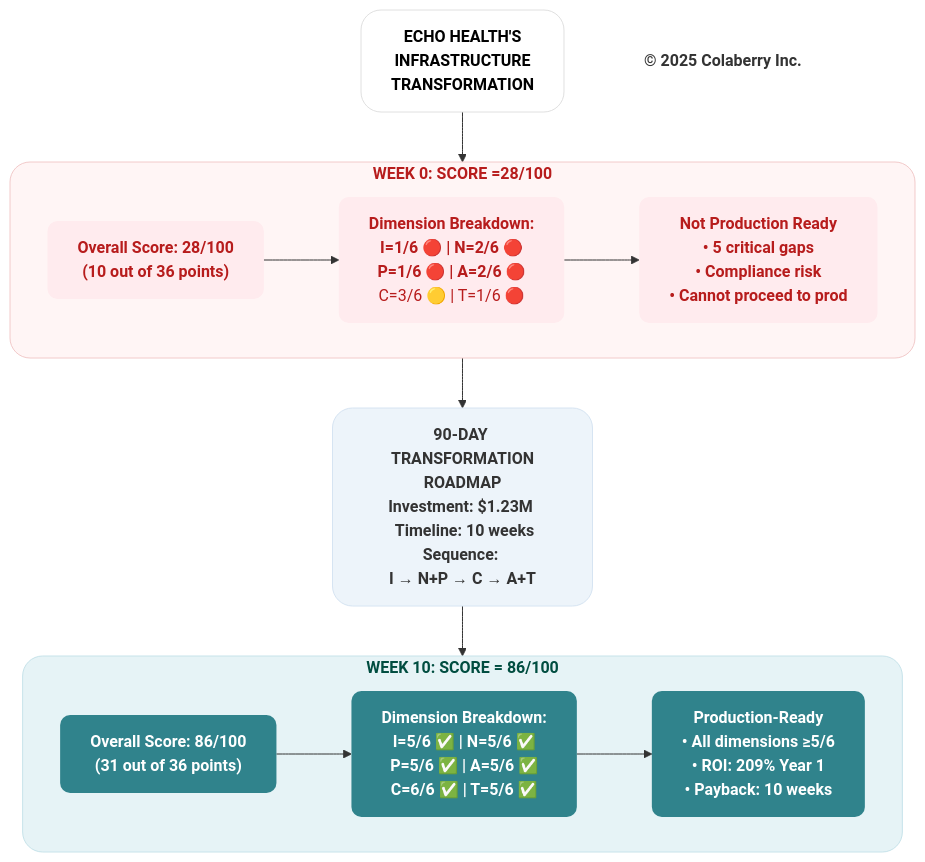
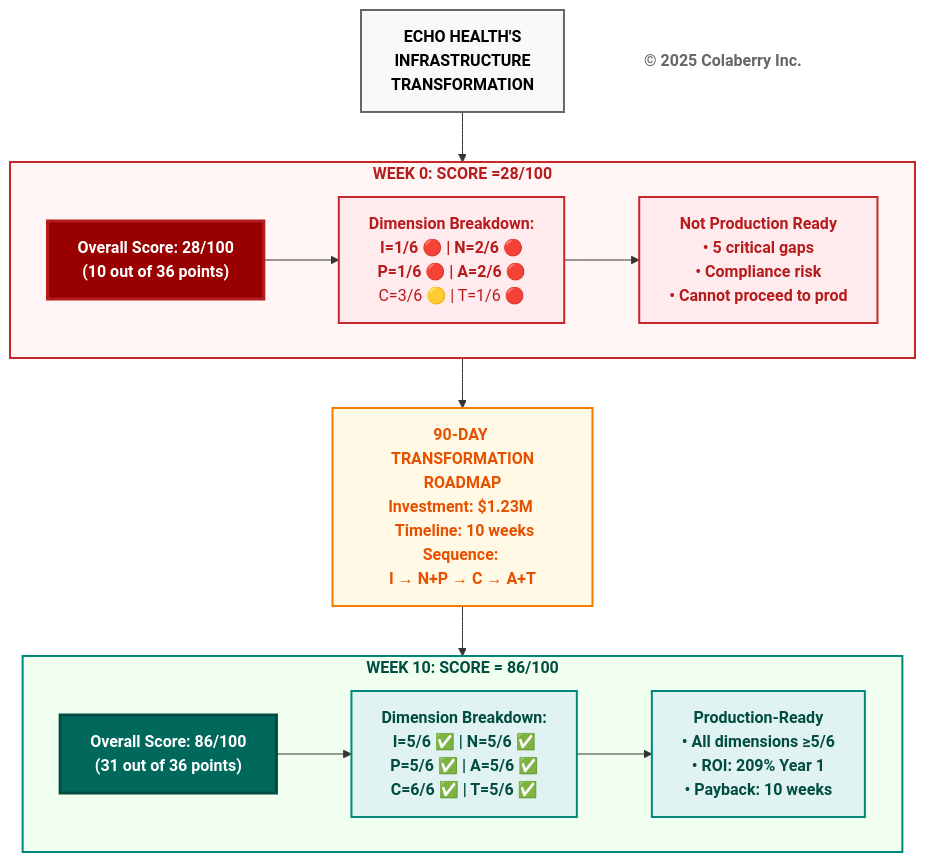
Before and after one commit to saitejesh-cyber/trust-before-intelligence-book: the sixth of 12 diagrams in manuscript/03_chapter_2_inpact_framework.md, drawn with Mermaid. The commit also changed other lines of this file and 12 other files, not shown here.

Commit message:
Restore legacy Mermaid styles for Option 1

````diff
--- a/manuscript/03_chapter_2_inpact_framework.md
+++ b/manuscript/03_chapter_2_inpact_framework.md
@@ -375,55 +357,50 @@
 ```mermaid
 graph TB
     TITLE["<b>ECHO HEALTH'S<br/>INFRASTRUCTURE<br/>TRANSFORMATION</b>"]
     
     TITLE --> BEFORE
     
     subgraph BEFORE["<b>WEEK 0: SCORE =28/100</b>"]
         B_SCORE["<b>Overall Score: 28/100</b><br/><b>(10 out of 36 points)</b>"]
         
         B_DIMS["<b>Dimension Breakdown:</b><br/><b>I=1/6 🔴 | N=2/6 🔴 </b><br/><b>P=1/6 🔴 | A=2/6 🔴</b><br/> C=3/6 🟡 | T=1/6 🔴</b>"]
         
         B_STATUS["<b>Not Production Ready</b><br/><b>• 5 critical gaps </b><br/><b>• Compliance risk</b><br/><b>• Cannot proceed to prod</b>"]
         
         B_SCORE --> B_DIMS
         B_DIMS --> B_STATUS
     end
     
     BEFORE --> TRANSFORM["<b>90-DAY TRANSFORMATION<br/>ROADMAP</b><br/><b>Investment: $1.23M </b><br/><b> Timeline: 10 weeks</b><br/><b>Sequence: </b><br/><b>I → N+P → C → A+T</b>"]
     
     TRANSFORM --> AFTER
     
     subgraph AFTER["<b>WEEK 10: SCORE = 86/100</b>"]
         A_SCORE["<b>Overall Score: 86/100</b><br/><b>(31 out of 36 points)</b>"]
         
         A_DIMS["<b>Dimension Breakdown:</b><br/><b>I=5/6 ✅ | N=5/6 ✅ </b><br/><b> P=5/6 ✅ | A=5/6 ✅</b><br/><b>C=6/6 ✅ | T=5/6 ✅</b>"]
         
 A_STATUS["<b>Production-Ready</b><br/><b>• All dimensions ≥5/6 </b><br/><b>• ROI: 209% Year 1 </b><br/><b>• Payback: 10 weeks</b>"]
         
         A_SCORE --> A_DIMS
         A_DIMS --> A_STATUS
     end
     
     COPYRIGHT["<b>© 2025 Colaberry Inc.</b>"]
-
-    %% ⚪ CONTEXT / FRAMING
-    style TITLE fill:#ffffff,stroke:#e0e0e0,stroke-width:1px,color:#000000,rx:20,ry:20
-
-    %% 🔴 BEFORE — FAILURE / BI-ERA
-    style BEFORE fill:#fff5f5,stroke:#f2caca,stroke-width:1px,color:#b71c1c,rx:20,ry:20
-    style B_SCORE fill:#ffebee,stroke:none,color:#b71c1c,rx:10,ry:10
-    style B_DIMS fill:#ffebee,stroke:none,color:#b71c1c,rx:10,ry:10
-    style B_STATUS fill:#ffebee,stroke:none,color:#b71c1c,rx:10,ry:10
-
-    %% 🔵 TRANSFORMATION / CHANGE
-    style TRANSFORM fill:#edf4fa,stroke:#d6e4f2,stroke-width:1px,color:#333333,rx:20,ry:20
-
-    %% 🟢 AFTER — TRUSTED / INPACT™-FULFILLED
-    style AFTER fill:#e6f3f6,stroke:#c7e3ea,stroke-width:1px,color:#004d40,rx:20,ry:20
-    style A_SCORE fill:#30838C,stroke:none,color:#ffffff,rx:10,ry:10
-    style A_DIMS fill:#30838C,stroke:none,color:#ffffff,rx:10,ry:10
-    style A_STATUS fill:#30838C,stroke:none,color:#ffffff,rx:10,ry:10
-
-    %% FOOTER
-    style COPYRIGHT fill:none,stroke:none,color:#333333
+    
+    style TITLE fill:#f9f9f9,stroke:#666666,stroke-width:2px,color:#000000
+    
+    style BEFORE fill:#fff5f5,stroke:#c62828,stroke-width:2px,color:#b71c1c
+    style B_SCORE fill:#990000,color:#ffffff,stroke:#b71c1c,stroke-width:3px
+    style B_DIMS fill:#ffebee,stroke:#c62828,stroke-width:2px,color:#b71c1c
+    style B_STATUS fill:#ffebee,stroke:#c62828,stroke-width:2px,color:#b71c1c
+    
+    style TRANSFORM fill:#fff9e6,stroke:#f57c00,stroke-width:2px,color:#e65100
+    
+    style AFTER fill:#f0fff0,stroke:#00897b,stroke-width:2px,color:#004d40
+    style A_SCORE fill:#00695c,color:#ffffff,stroke:#004d40,stroke-width:3px
+    style A_DIMS fill:#e0f2f1,stroke:#00897b,stroke-width:2px,color:#004d40
+    style A_STATUS fill:#e0f2f1,stroke:#00897b,stroke-width:2px,color:#004d40
+    
+    style COPYRIGHT fill:#ffffff,stroke:none,color:#666666
 ```
````
